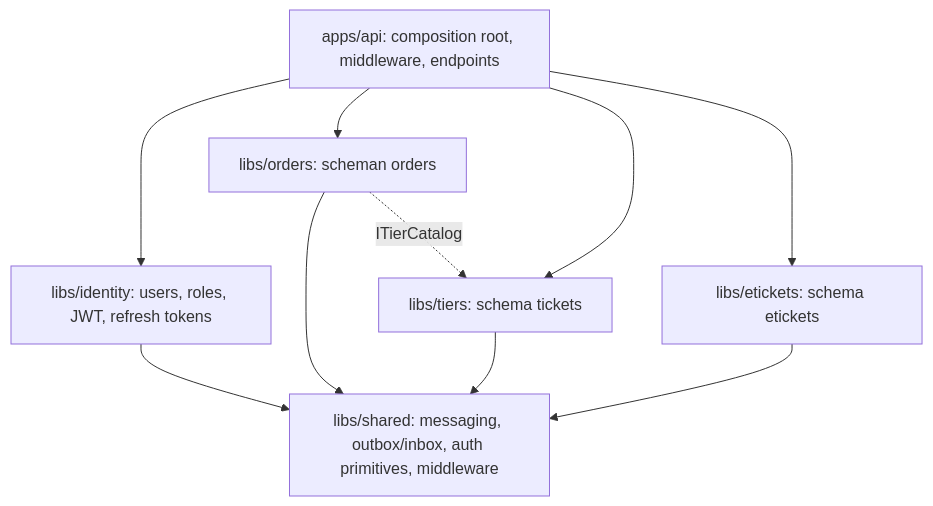
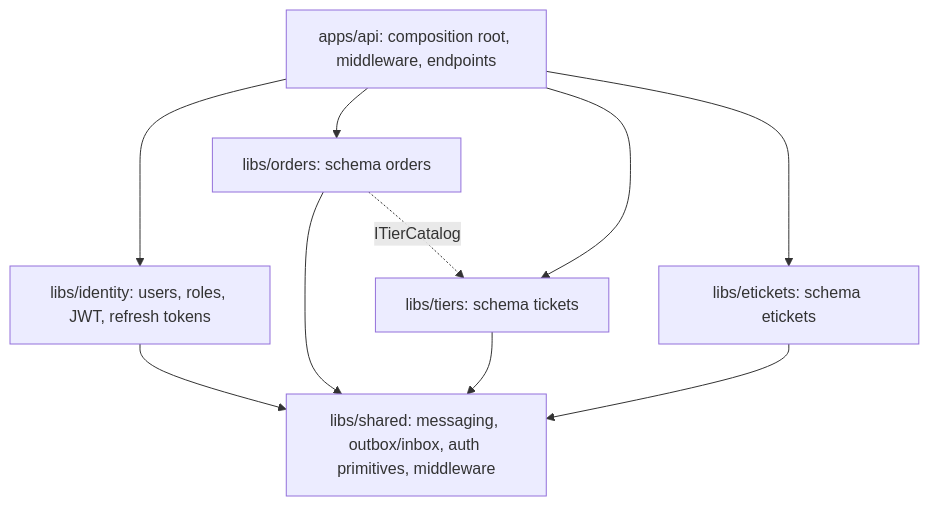
One commit to joshbarros/dotnet-tickets changed the third of 3 diagrams in README.md. Above: the diagram before and after it, drawn with Mermaid. The commit also changed other lines of this file and 1 other file, not shown here.

````diff
--- a/README.md
+++ b/README.md
@@ -77,11 +77,11 @@
 ```mermaid
 flowchart TB
     api["apps/api: composition root, middleware, endpoints"]
     api --> identity & orders & tickets & etickets
     identity["libs/identity: users, roles, JWT, refresh tokens"]
-    orders["libs/orders: scheman orders"]
+    orders["libs/orders: schema orders"]
     tickets["libs/tiers: schema tickets"]
     etickets["libs/etickets: schema etickets"]
     identity & orders & tickets & etickets --> shared["libs/shared: messaging, outbox/inbox, auth primitives, middleware"]
     orders -. "ITierCatalog" .-> tickets
 ```
````
